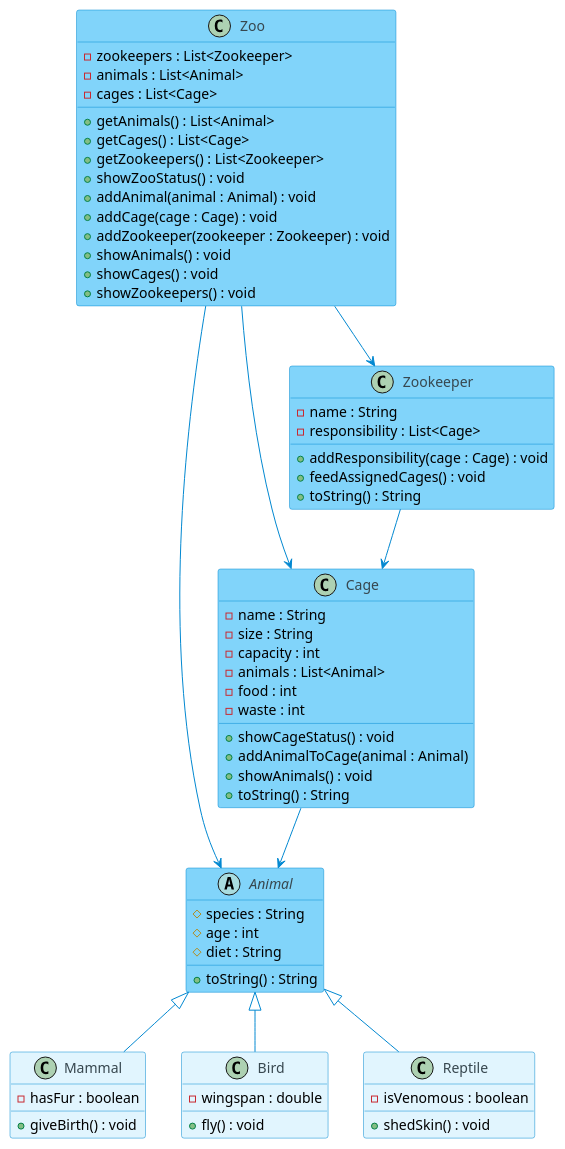
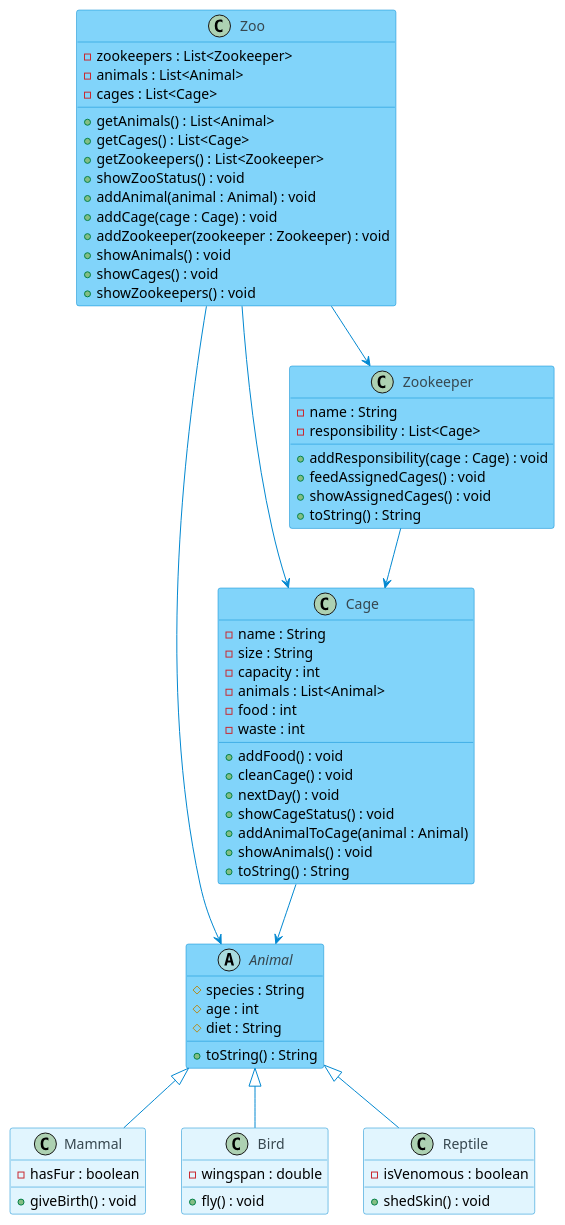
The diagram in class_diagram.puml (sarakluge/ZooSystem), drawn with PlantUML before and after one commit. The commit also changed 3 other files, not shown here.

```diff
--- a/class_diagram.puml
+++ b/class_diagram.puml
@@ -1,78 +1,82 @@
 @startuml
 
 skinparam classBorderColor #0288D1
 skinparam classFontColor #37474F
 skinparam ArrowColor #0288D1
 
 
 class Zoo #81D4FA  {
     -zookeepers : List<Zookeeper>
     -animals : List<Animal>
     -cages : List<Cage>
     +getAnimals() : List<Animal>
     +getCages() : List<Cage>
     +getZookeepers() : List<Zookeeper>
     +showZooStatus() : void
     +addAnimal(animal : Animal) : void
     +addCage(cage : Cage) : void
     +addZookeeper(zookeeper : Zookeeper) : void
     +showAnimals() : void
     +showCages() : void
     +showZookeepers() : void
 }
 
 abstract class Animal #81D4FA  {
     #species : String
     #age : int
     #diet : String
     +toString() : String
 }
 
 class Mammal #E1F5FE  {
     - hasFur : boolean
     + giveBirth() : void
 }
 
 class Bird #E1F5FE   {
     - wingspan : double
     + fly() : void
 }
 
 class Reptile #E1F5FE   {
     - isVenomous : boolean
     + shedSkin() : void
 }
 
 
 class Cage #81D4FA {
     -name : String
     -size : String
     -capacity : int
     -animals : List<Animal>
     -food : int
     -waste : int
+    +addFood() : void
+    +cleanCage() : void
+    +nextDay() : void
     +showCageStatus() : void
     +addAnimalToCage(animal : Animal)
     +showAnimals() : void
     +toString() : String
 }
 
 class Zookeeper #81D4FA {
     -name : String
     -responsibility : List<Cage>
     +addResponsibility(cage : Cage) : void
     +feedAssignedCages() : void
+    +showAssignedCages() : void
     +toString() : String
 }
 
 Animal <|-- Mammal
 Animal <|-- Bird
 Animal <|-- Reptile
 
 Zoo --> Zookeeper
 Zoo --> Animal
 Zoo --> Cage
 Cage --> Animal
 Zookeeper --> Cage
 
 @enduml
```
